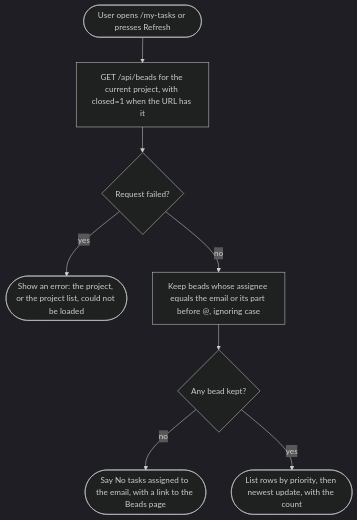
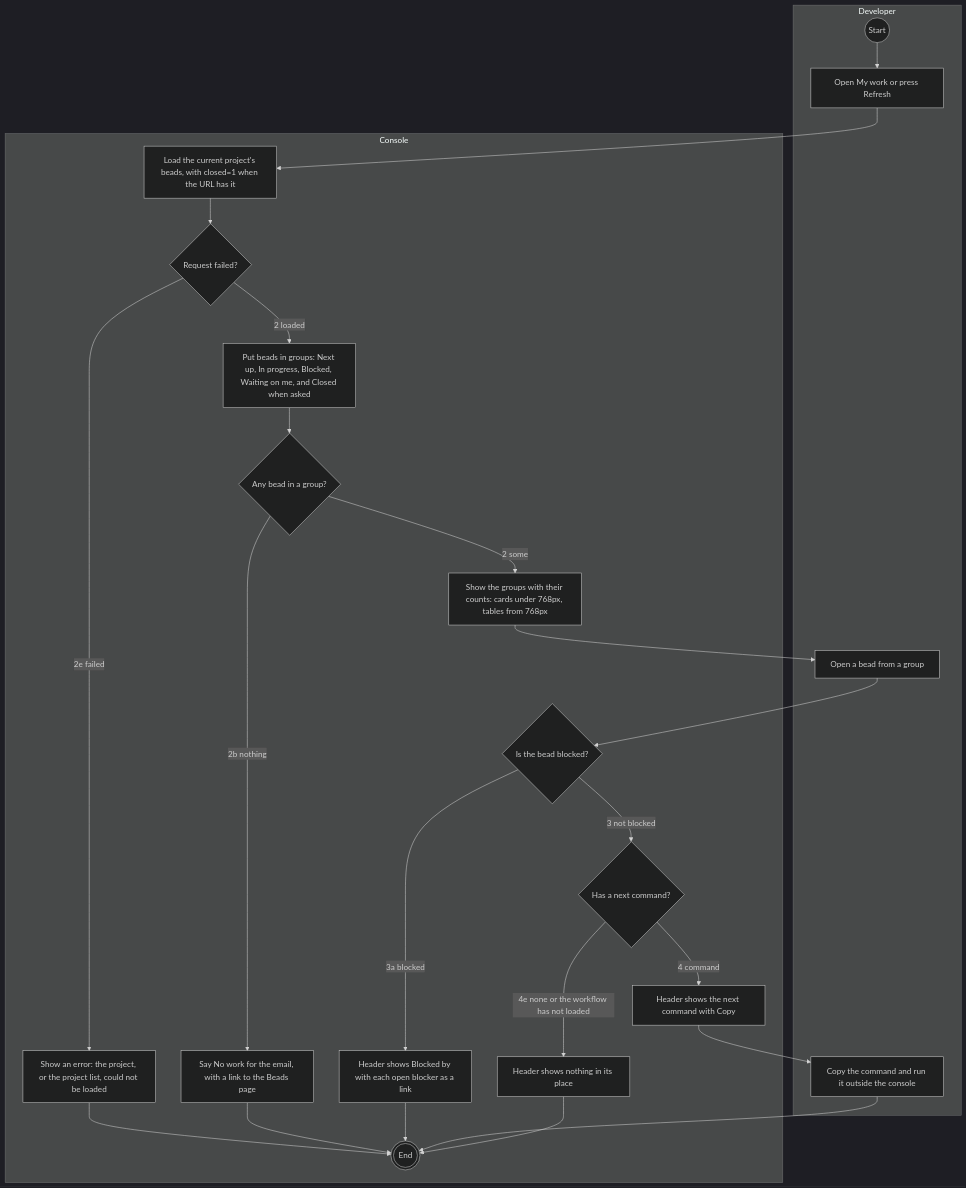
The diagram in docs/specs/ui/diagrams/my-tasks-activity.md (giangdhwhtbr/gin-console), drawn with Mermaid (dark theme) before and after one commit. The commit also changed other lines of this file and 11 other files, not shown here.

First line of the commit message:
docs(specs): My work, spec and plan (gin-console-rm-my-work)

````diff
--- a/docs/specs/ui/diagrams/my-tasks-activity.md
+++ b/docs/specs/ui/diagrams/my-tasks-activity.md
@@ -5,10 +7,44 @@
 ```mermaid
 flowchart TD
-  open([User opens /my-tasks or presses Refresh]) --> load[GET /api/beads for the current project, with closed=1 when the URL has it]
-  load --> failed{Request failed?}
-  failed -- yes --> alert([Show an error: the project, or the project list, could not be loaded])
-  failed -- no --> match[Keep beads whose assignee equals the email or its part before @, ignoring case]
-  match --> any{Any bead kept?}
-  any -- no --> empty([Say No tasks assigned to the email, with a link to the Beads page])
-  any -- yes --> list([List rows by priority, then newest update, with the count])
+  subgraph dev[Developer]
+    start((Start))
+    open[Open My work or press Refresh]
+    choose[Open a bead from a group]
+    copy[Copy the command and run it outside the console]
+  end
+  subgraph console[Console]
+    load[Load the current project's beads, with closed=1 when the URL has it]
+    failed{Request failed?}
+    alert[Show an error: the project, or the project list, could not be loaded]
+    group[Put beads in groups: Next up, In progress, Blocked, Waiting on me, and Closed when asked]
+    any{Any bead in a group?}
+    empty[Say No work for the email, with a link to the Beads page]
+    show[Show the groups with their counts: cards under 768px, tables from 768px]
+    blocked{Is the bead blocked?}
+    names[Header shows Blocked by with each open blocker as a link]
+    cmd{Has a next command?}
+    next[Header shows the next command with Copy]
+    none[Header shows nothing in its place]
+    done(((End)))
+  end
+  start --> open
+  open --> load
+  load --> failed
+  failed -->|2e failed| alert
+  alert --> done
+  failed -->|2 loaded| group
+  group --> any
+  any -->|2b nothing| empty
+  empty --> done
+  any -->|2 some| show
+  show --> choose
+  choose --> blocked
+  blocked -->|3a blocked| names
+  names --> done
+  blocked -->|3 not blocked| cmd
+  cmd -->|4 command| next
+  next --> copy
+  copy --> done
+  cmd -->|4e none or the workflow has not loaded| none
+  none --> done
 ```
````
